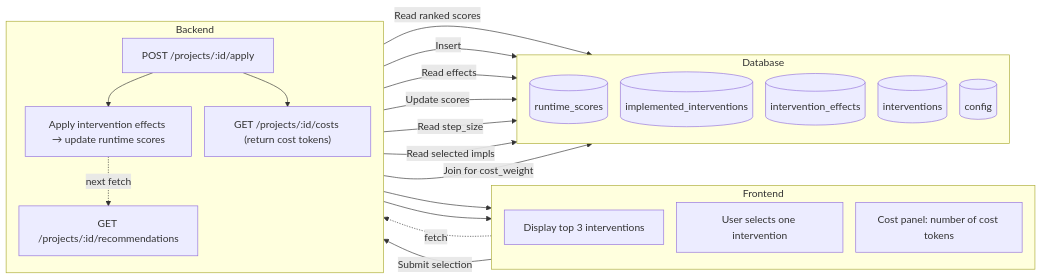
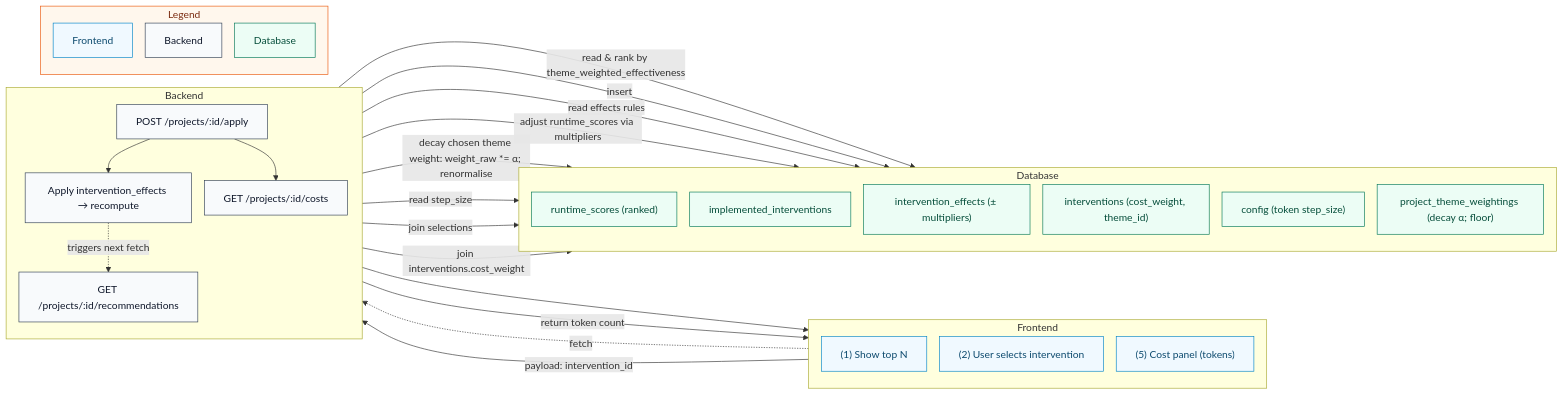
Before and after one commit to Hydra0201/Tech-Titans: the second of 3 diagrams in docs/architecture/overview.md, drawn with Mermaid. The commit also changed other lines of this file and 2 other files, not shown here.

````diff
--- a/docs/architecture/overview.md
+++ b/docs/architecture/overview.md
@@ -46,47 +81,66 @@
 ```mermaid
-%%{init: { "flowchart": { "nodeSpacing": 20, "rankSpacing": 28 }}}%%
+%%{init: { "flowchart": { "nodeSpacing": 20, "rankSpacing": 28, "useMaxWidth": false}}}%%
 flowchart LR
+  classDef fe fill:#F0F9FF,stroke:#0284c7,color:#0c4a6e
+  classDef be fill:#F8FAFC,stroke:#334155,color:#0f172a
+  classDef db fill:#ECFDF5,stroke:#047857,color:#064e3b
+  classDef legend fill:#FFF7ED,stroke:#ea580c,color:#7c2d12
+
   subgraph Frontend
     direction TB
-    F_ShowTop3["Display top 3 interventions"]
-    F_Select["User selects one intervention"]
-    F_CostPanel["Cost panel: number of cost tokens"]
+    F1["(1) Show top N"]:::fe
+    F2["(2) User selects intervention"]:::fe
+    F3["(5) Cost panel (tokens)"]:::fe
   end
 
   subgraph Backend
     direction TB
-    B_GetTop3["GET /projects/:id/recommendations"]
-    B_PostImplement["POST /projects/:id/apply"]
-    B_UpdateAfterImpl["Apply intervention effects → update runtime scores"]
-    B_Costing["GET /projects/:id/costs (return cost tokens)"]
+    B1["GET /projects/:id/recommendations"]:::be
+    B2["POST /projects/:id/apply"]:::be
+    B3["Apply intervention_effects → recompute"]:::be
+    B4["GET /projects/:id/costs"]:::be
   end
 
   subgraph Database
     direction TB
-    D_Runtime[(runtime_scores)]
-    D_Implemented[(implemented_interventions)]
-    D_InterventionEffects[(intervention_effects)]
-    D_Interventions[(interventions)]
-    D_Config[(config)]
+    D1["runtime_scores (ranked)"]:::db
+    D2["implemented_interventions"]:::db
+    D3["intervention_effects (± multipliers)"]:::db
+    D4["interventions (cost_weight, theme_id)"]:::db
+    D5["config (token step_size)"]:::db
+    D6["project_theme_weightings (decay α; floor)"]:::db
   end
 
-  %% Show & fetch recommendations
-  F_ShowTop3 -. fetch .-> B_GetTop3
-  B_GetTop3 -->|Read ranked scores| D_Runtime
-  B_GetTop3 --> F_ShowTop3
+  %% fetch recommendations
+  F1 -. fetch .-> B1
+  B1 -->|"read & rank by theme_weighted_effectiveness"| D1
+  B1 --> F1
 
-  %% Apply selection and recompute
-  F_Select -->|Submit selection| B_PostImplement
-  B_PostImplement -->|Insert| D_Implemented
-  B_PostImplement --> B_UpdateAfterImpl
-  B_UpdateAfterImpl -->|Read effects| D_InterventionEffects
-  B_UpdateAfterImpl -->|Update scores| D_Runtime
-  B_UpdateAfterImpl -. next fetch .-> B_GetTop3
+  %% apply selection
+  F2 -->|"payload: intervention_id"| B2
+  B2 -->|"insert"| D2
+  B2 --> B3
 
-  %% Costing (tokens depend on selections)
-  B_PostImplement --> B_Costing
-  B_Costing -->|Read step_size| D_Config
-  B_Costing -->|Read selected impls| D_Implemented
-  B_Costing -->|Join for cost_weight| D_Interventions
-  B_Costing --> F_CostPanel
+  %% recompute after apply
+  B3 -->|"read effects rules"| D3
+  B3 -->|"adjust runtime_scores via multipliers"| D1
+  B3 -->|"decay chosen theme weight: weight_raw *= α; renormalise"| D6
+  B3 -. triggers next fetch .-> B1
+
+  %% costs
+  B2 --> B4
+  B4 -->|"read step_size"| D5
+  B4 -->|"join selections"| D2
+  B4 -->|"join interventions.cost_weight"| D4
+  B4 -->|"return token count"| F3
+
+  %% Legend
+  subgraph L["Legend"]
+    direction TB
+    L1["Frontend"]:::fe
+    L2["Backend"]:::be
+    L3["Database"]:::db
+  end
+  class L legend
+
 ```
````
